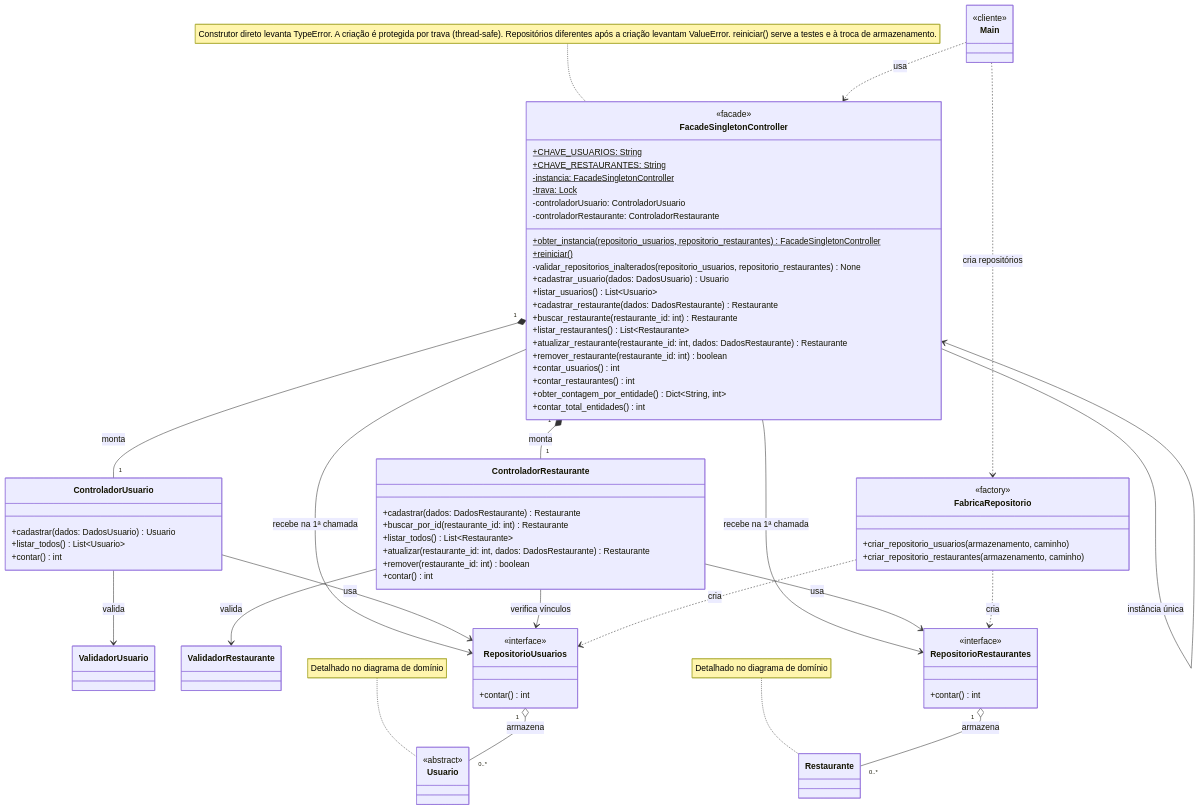
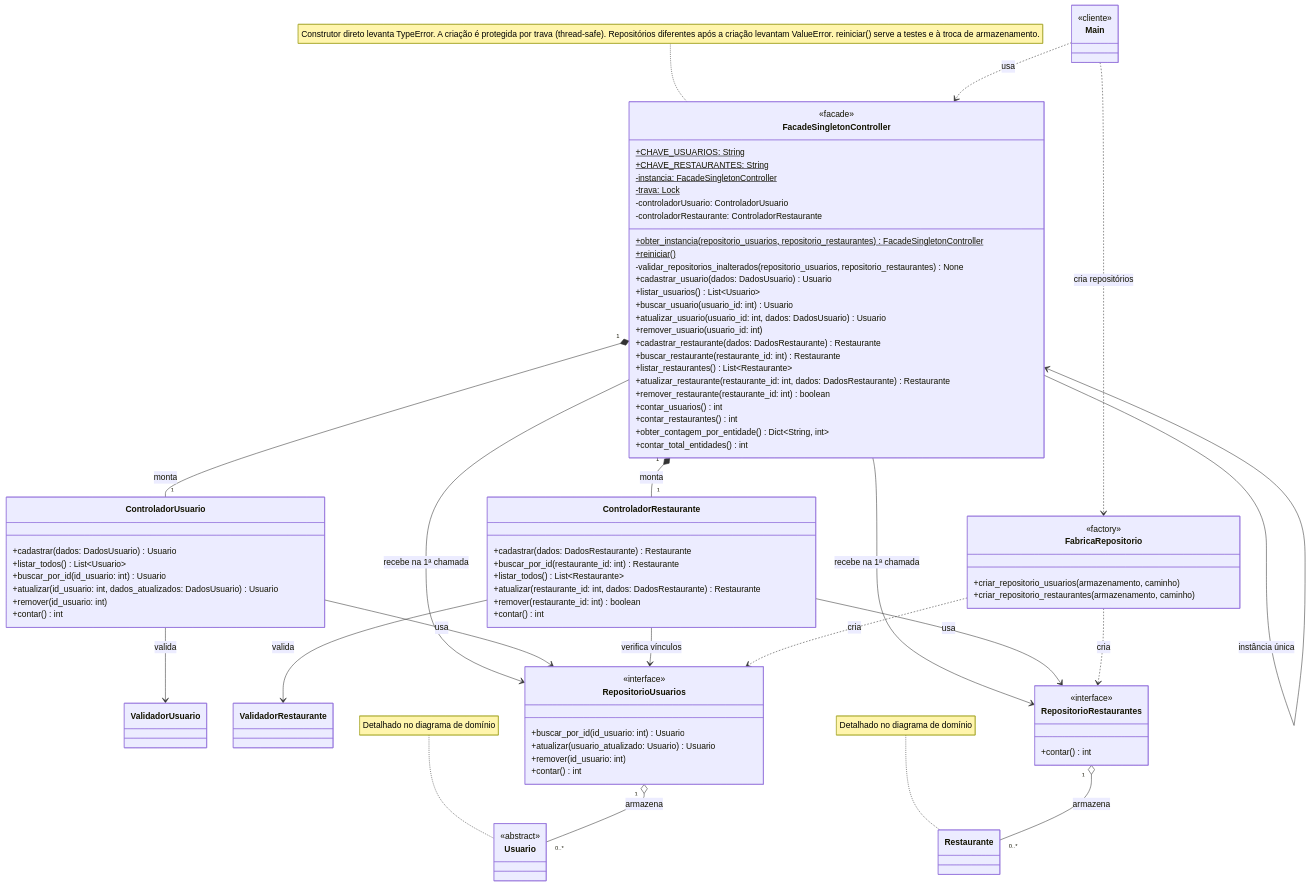
One commit to henriquesantos007/Sistema-de-Agendamento-de-Almoco changed the fourth of 7 diagrams in docs/08-projeto.md. Above: the diagram before and after it, drawn with Mermaid. The commit also changed other lines of this file and 3 other files, not shown here.

Commit message:
docs(arquitetura): alinhar diagramas ao CRUD de usuários

```diff
--- a/docs/08-projeto.md
+++ b/docs/08-projeto.md
@@ -393,6 +422,9 @@
         -validar_repositorios_inalterados(repositorio_usuarios, repositorio_restaurantes) None
         +cadastrar_usuario(dados: DadosUsuario) Usuario
         +listar_usuarios() List~Usuario~
+        +buscar_usuario(usuario_id: int) Usuario
+        +atualizar_usuario(usuario_id: int, dados: DadosUsuario) Usuario
+        +remover_usuario(usuario_id: int)
         +cadastrar_restaurante(dados: DadosRestaurante) Restaurante
         +buscar_restaurante(restaurante_id: int) Restaurante
         +listar_restaurantes() List~Restaurante~
@@ -407,6 +439,9 @@
     class ControladorUsuario {
         +cadastrar(dados: DadosUsuario) Usuario
         +listar_todos() List~Usuario~
+        +buscar_por_id(id_usuario: int) Usuario
+        +atualizar(id_usuario: int, dados_atualizados: DadosUsuario) Usuario
+        +remover(id_usuario: int)
         +contar() int
     }
 
@@ -424,6 +459,9 @@
 
     class RepositorioUsuarios {
         <<interface>>
+        +buscar_por_id(id_usuario: int) Usuario
+        +atualizar(usuario_atualizado: Usuario) Usuario
+        +remover(id_usuario: int)
         +contar() int
     }
 
```
